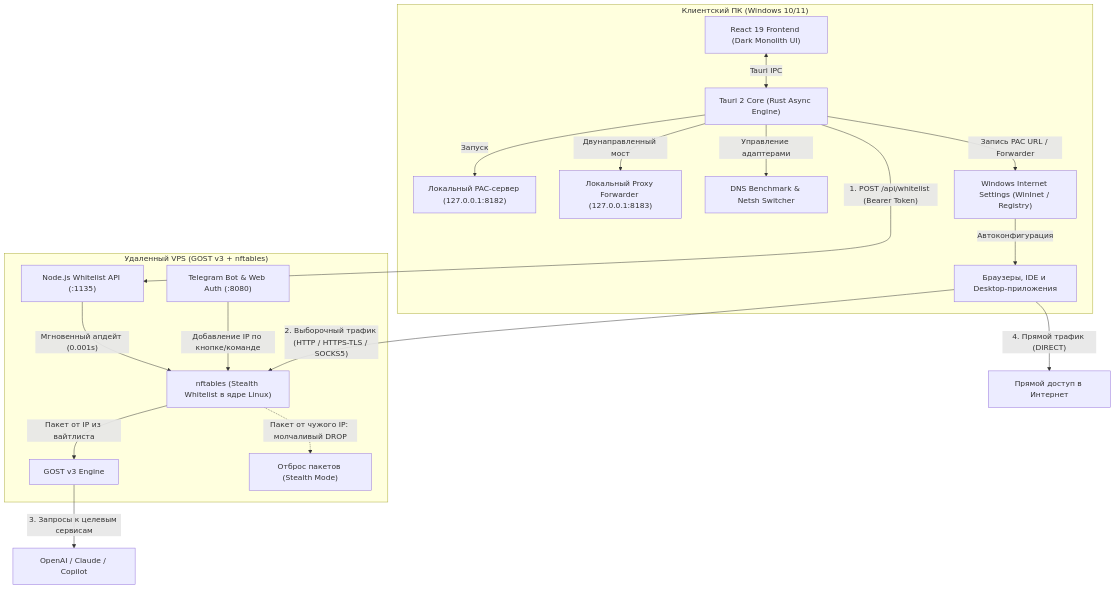
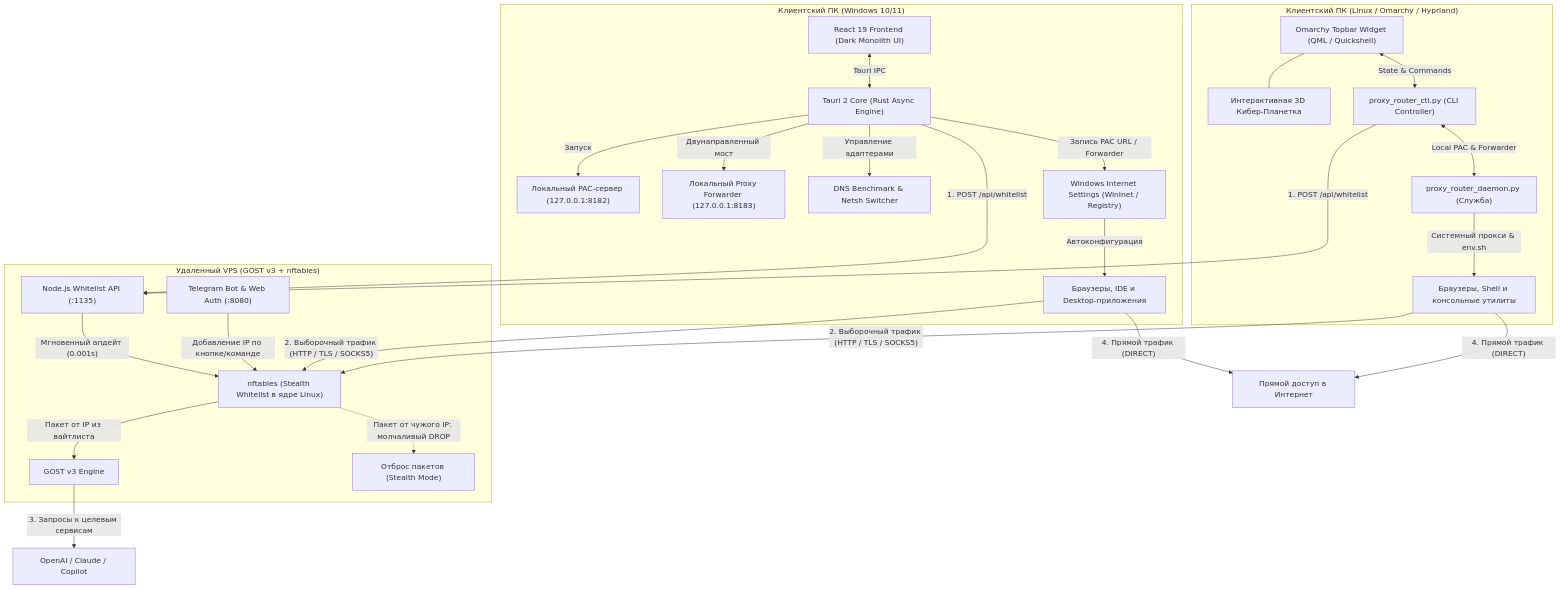
Before and after one commit to D1verlin/ProxyRouterDesktop: the diagram in README.md, drawn with Mermaid. The commit also changed other lines of this file and 6 other files, not shown here.

````diff
--- a/README.md
+++ b/README.md
@@ -29,36 +29,52 @@
 ```mermaid
 flowchart TD
-    subgraph Client ["Клиентский ПК (Windows 10/11)"]
+    subgraph WindowsClient ["Клиентский ПК (Windows 10/11)"]
         UI["React 19 Frontend (Dark Monolith UI)"]
         Tauri["Tauri 2 Core (Rust Async Engine)"]
         PAC["Локальный PAC-сервер (127.0.0.1:8182)"]
         Forwarder["Локальный Proxy Forwarder (127.0.0.1:8183)"]
         DNS["DNS Benchmark & Netsh Switcher"]
         WinInet["Windows Internet Settings (WinInet / Registry)"]
-        Apps["Браузеры, IDE и Desktop-приложения"]
+        WinApps["Браузеры, IDE и Desktop-приложения"]
 
         UI <-->|"Tauri IPC"| Tauri
         Tauri -->|"Запуск"| PAC
         Tauri -->|"Двунаправленный мост"| Forwarder
         Tauri -->|"Управление адаптерами"| DNS
         Tauri -->|"Запись PAC URL / Forwarder"| WinInet
-        WinInet -->|"Автоконфигурация"| Apps
+        WinInet -->|"Автоконфигурация"| WinApps
+    end
+
+    subgraph LinuxClient ["Клиентский ПК (Linux / Omarchy / Hyprland)"]
+        QML["Omarchy Topbar Widget (QML / Quickshell)"]
+        Globe["Интерактивная 3D Кибер-Планетка"]
+        CTL["proxy_router_ctl.py (CLI Controller)"]
+        Daemon["proxy_router_daemon.py (Служба)"]
+        LinuxApps["Браузеры, Shell и консольные утилиты"]
+
+        QML <-->|"State & Commands"| CTL
+        QML --- Globe
+        CTL <-->|"Local PAC & Forwarder"| Daemon
+        Daemon -->|"Системный прокси & env.sh"| LinuxApps
     end
 
     subgraph VPS ["Удаленный VPS (GOST v3 + nftables)"]
         NFT["nftables (Stealth Whitelist в ядре Linux)"]
         GOST["GOST v3 Engine"]
         API["Node.js Whitelist API (:1135)"]
         Bot["Telegram Bot & Web Auth (:8080)"]
 
         NFT -->|"Пакет от IP из вайтлиста"| GOST
         NFT -.->|"Пакет от чужого IP: молчаливый DROP"| Blackhole["Отброс пакетов (Stealth Mode)"]
         API -->|"Мгновенный апдейт (0.001s)"| NFT
         Bot -->|"Добавление IP по кнопке/команде"| NFT
     end
 
-    Tauri -->|"1. POST /api/whitelist (Bearer Token)"| API
-    Apps -->|"2. Выборочный трафик (HTTP / HTTPS-TLS / SOCKS5)"| NFT
+    Tauri -->|"1. POST /api/whitelist"| API
+    CTL -->|"1. POST /api/whitelist"| API
+    WinApps -->|"2. Выборочный трафик (HTTP / TLS / SOCKS5)"| NFT
+    LinuxApps -->|"2. Выборочный трафик (HTTP / TLS / SOCKS5)"| NFT
     GOST -->|"3. Запросы к целевым сервисам"| Target["OpenAI / Claude / Copilot"]
-    Apps -->|"4. Прямой трафик (DIRECT)"| Web["Прямой доступ в Интернет"]
+    WinApps -->|"4. Прямой трафик (DIRECT)"| Web["Прямой доступ в Интернет"]
+    LinuxApps -->|"4. Прямой трафик (DIRECT)"| Web
 ```
````
